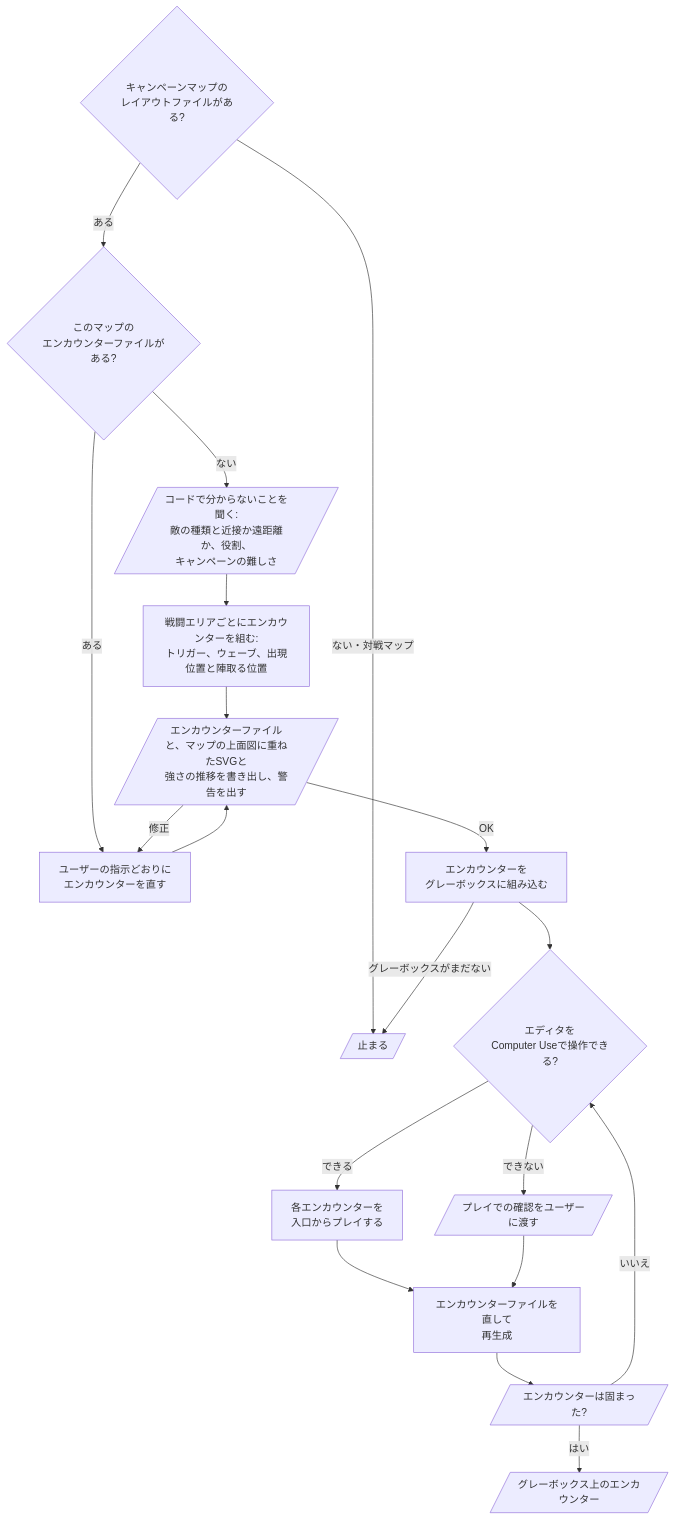
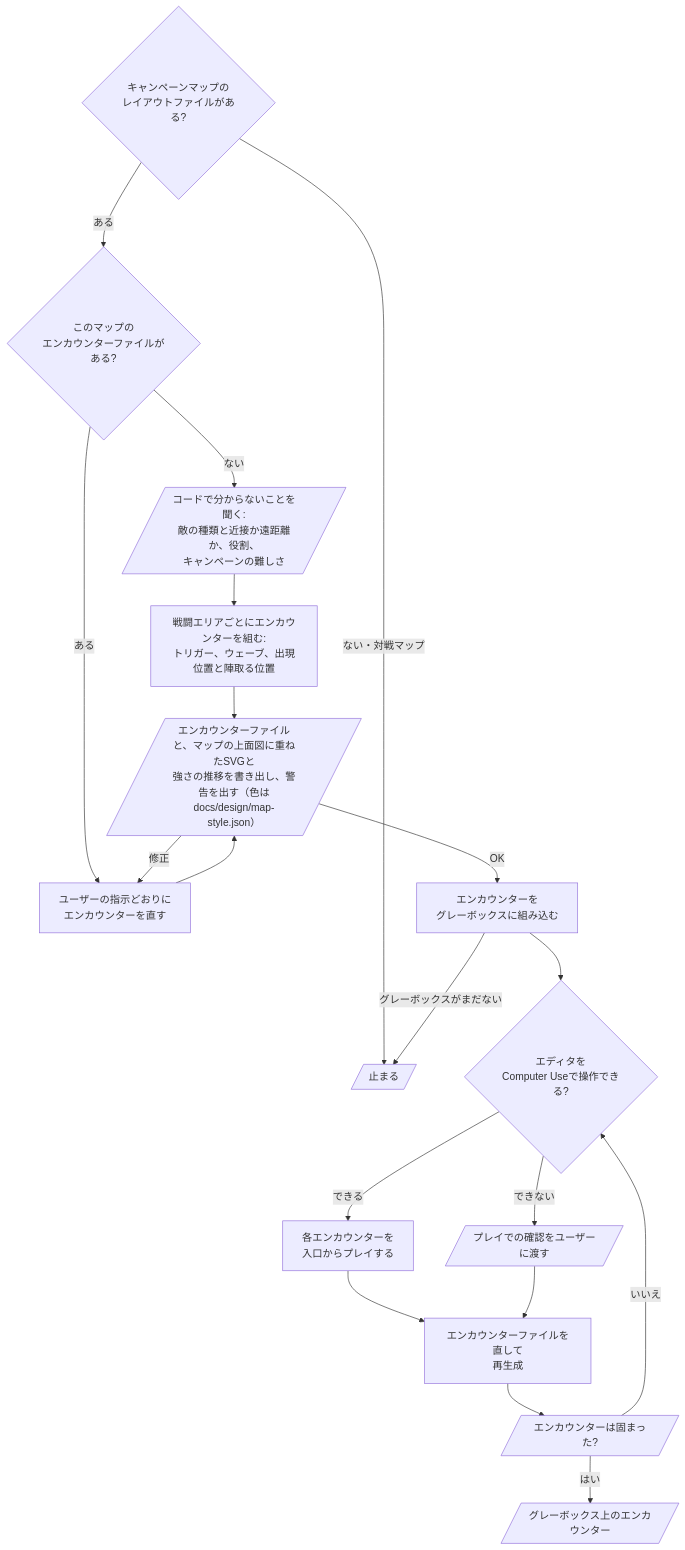
Before and after one commit to omni-stove/skill-kit: the diagram in domains/game/skills/shooter-encounter/README.ja.md, drawn with Mermaid. The commit also changed 19 other files, not shown here.

````diff
--- a/domains/game/skills/shooter-encounter/README.ja.md
+++ b/domains/game/skills/shooter-encounter/README.ja.md
@@ -3,22 +3,22 @@
 ```mermaid
 flowchart TD
   start{キャンペーンマップの<br/>レイアウトファイルがある?}
   start -- "ない・対戦マップ" --> stop[/止まる/]
   start -- "ある" --> exists{このマップの<br/>エンカウンターファイルがある?}
   exists -- "ない" --> ask[/コードで分からないことを聞く:<br/>敵の種類と近接か遠距離か、役割、<br/>キャンペーンの難しさ/]
   ask --> write[戦闘エリアごとにエンカウンターを組む:<br/>トリガー、ウェーブ、出現位置と陣取る位置]
   exists -- "ある" --> edit[ユーザーの指示どおりに<br/>エンカウンターを直す]
   write --> view
-  edit --> view[/エンカウンターファイルと、マップの上面図に重ねたSVGと<br/>強さの推移を書き出し、警告を出す/]
+  edit --> view[/エンカウンターファイルと、マップの上面図に重ねたSVGと<br/>強さの推移を書き出し、警告を出す（色は<br/>docs/design/map-style.json）/]
   view -- "修正" --> edit
   view -- "OK" --> build[エンカウンターを<br/>グレーボックスに組み込む]
   build -- "グレーボックスがまだない" --> stop
   build --> how{エディタを<br/>Computer Useで操作できる?}
   how -- "できる" --> play[各エンカウンターを<br/>入口からプレイする]
   how -- "できない" --> hand[/プレイでの確認をユーザーに渡す/]
   play --> fix[エンカウンターファイルを直して<br/>再生成]
   hand --> fix
   fix --> settled[/エンカウンターは固まった?/]
   settled -- "いいえ" --> how
   settled -- "はい" --> done[/グレーボックス上のエンカウンター/]
 ```
````
